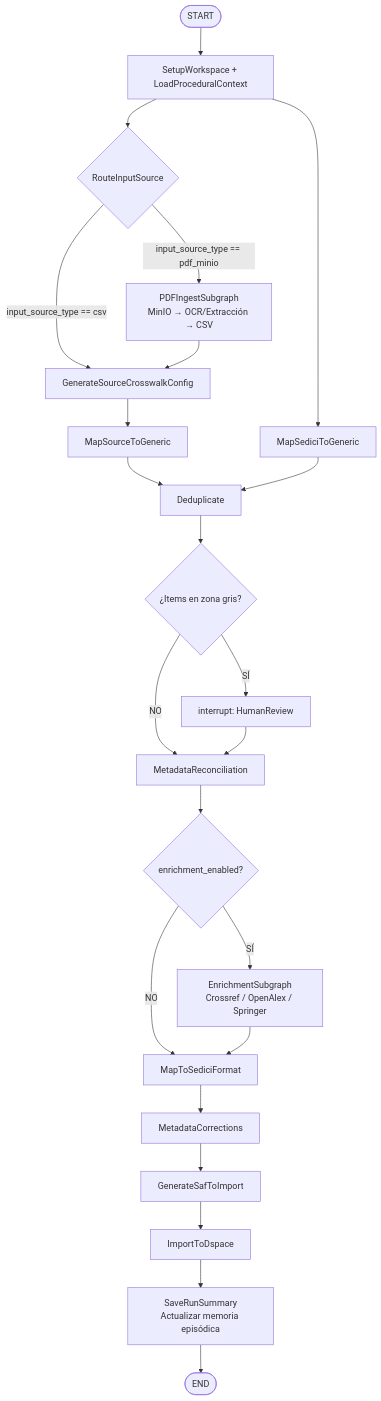
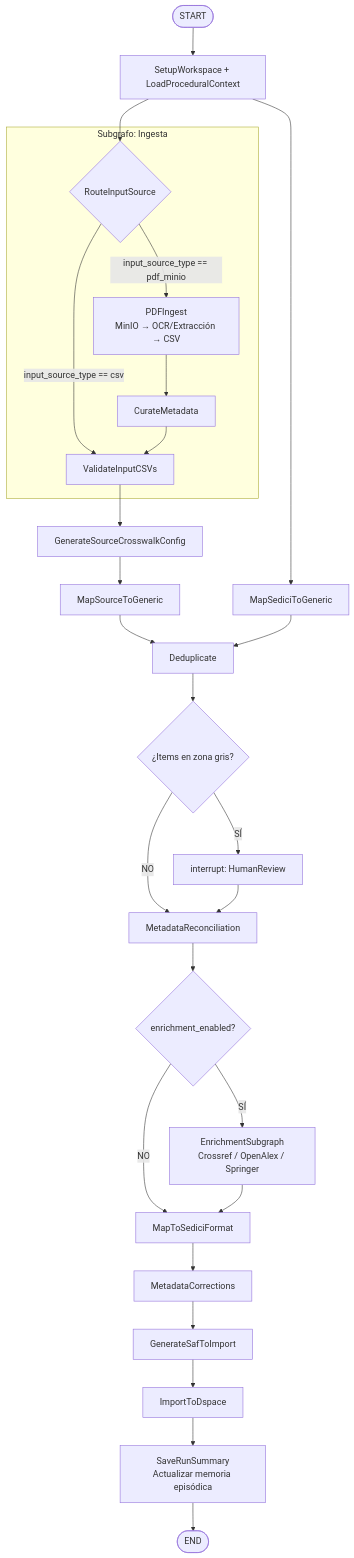
Before and after one commit to santiFie/Bulk-Importation-Workflow: the sixth of 6 diagrams in arquitectura_bulk_import.md, drawn with Mermaid. The commit also changed other lines of this file and 4 other files, not shown here.

First line of the commit message:
feat(ingest): add early structural and schema validation for input CS… (#39)

````diff
--- a/arquitectura_bulk_import.md
+++ b/arquitectura_bulk_import.md
@@ -332,30 +372,34 @@
 ```mermaid
 graph TD
     S([START]) --> SW[SetupWorkspace + LoadProceduralContext]
     SW --> RD{RouteInputSource}
 
-    RD -- "input_source_type == csv" --> GCC[GenerateSourceCrosswalkConfig]
-    RD -- "input_source_type == pdf_minio" --> PDL[PDFIngestSubgraph\nMinIO → OCR/Extracción → CSV]
-    PDL --> GCC
+    subgraph "Subgrafo: Ingesta"
+        RD -- "input_source_type == csv" --> VCSV[ValidateInputCSVs]
+        RD -- "input_source_type == pdf_minio" --> PDL[PDFIngest\nMinIO → OCR/Extracción → CSV]
+        PDL --> CM[CurateMetadata]
+        CM --> VCSV
+    end
 
+    VCSV --> GCC[GenerateSourceCrosswalkConfig]
     GCC --> MSC[MapSourceToGeneric]
     SW --> MSG[MapSediciToGeneric]
     MSC --> D[Deduplicate]
     MSG --> D
 
     D --> HRL{¿Items en zona gris?}
     HRL -- "SÍ" --> PAUSE[interrupt: HumanReview]
     HRL -- "NO" --> MR[MetadataReconciliation]
     PAUSE --> MR
 
     MR --> ENR{enrichment_enabled?}
     ENR -- "SÍ" --> ENRSUB[EnrichmentSubgraph\nCrossref / OpenAlex / Springer]
     ENR -- "NO" --> MTS
     ENRSUB --> MTS[MapToSediciFormat]
 
     MTS --> MC[MetadataCorrections]
     MC --> GSI[GenerateSafToImport]
     GSI --> ITD[ImportToDspace]
     ITD --> SUM[SaveRunSummary\nActualizar memoria episódica]
     SUM --> E([END])
 ```
````
